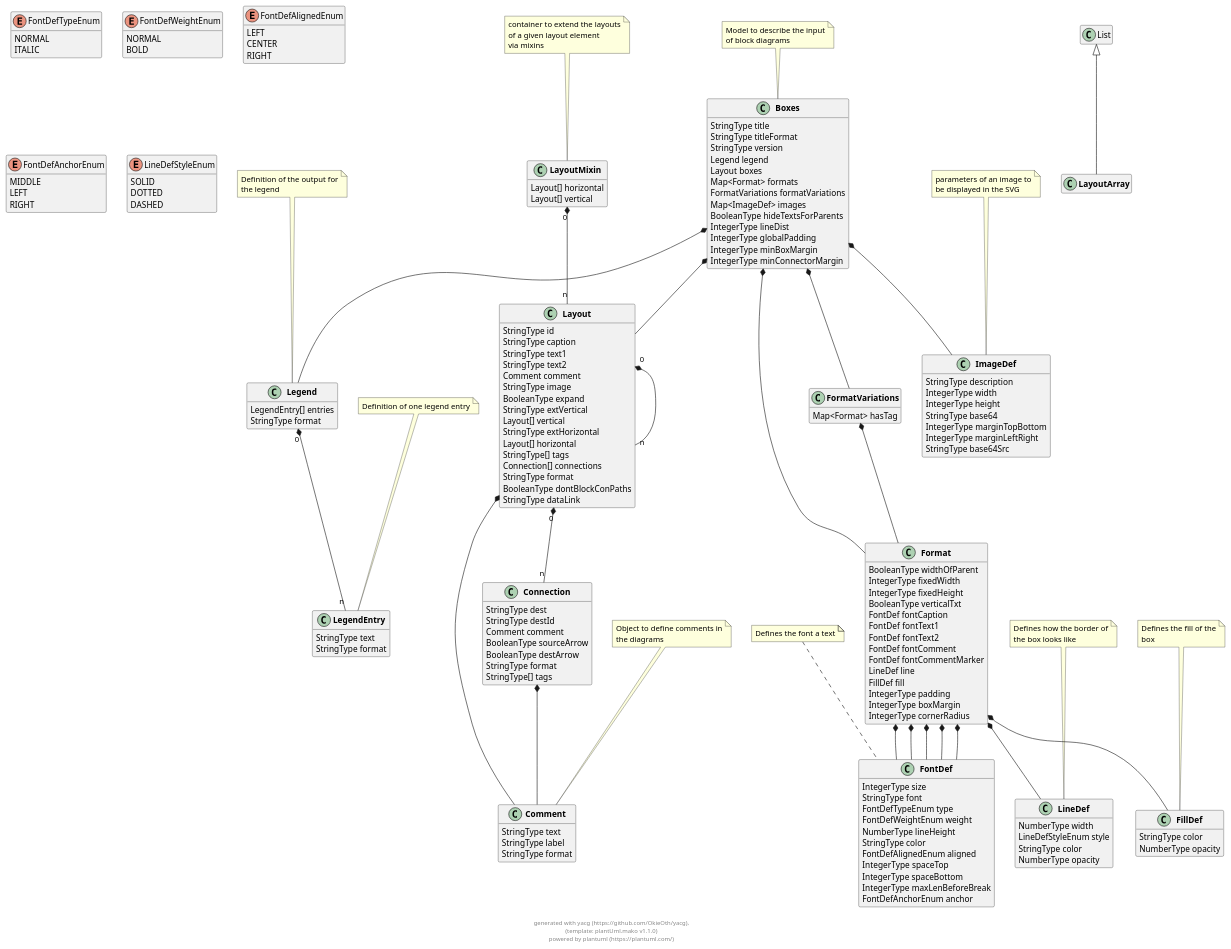
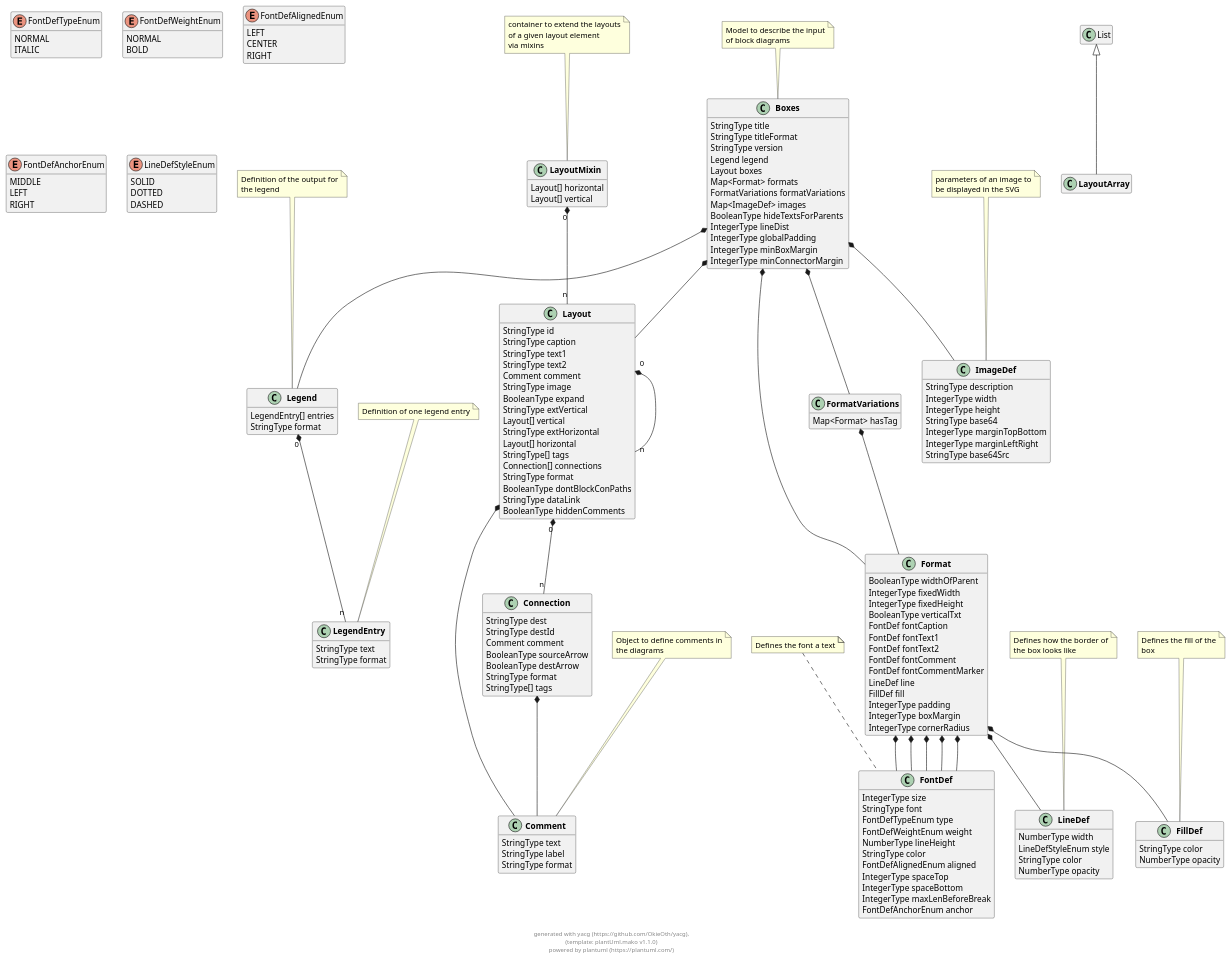
One commit to OkieOth/draw.chart.things changed the diagram in docs/models/puml/boxes.puml. Above: the diagram before and after it, drawn with PlantUML. The commit also changed 20 other files, not shown here.

```diff
--- a/docs/models/puml/boxes.puml
+++ b/docs/models/puml/boxes.puml
@@ -48,6 +48,7 @@
         StringType format
         BooleanType dontBlockConPaths
         StringType dataLink
+        BooleanType hiddenComments
 }
 
  
@@ -240,6 +241,7 @@
 
 
 
+
     
     
 
```
